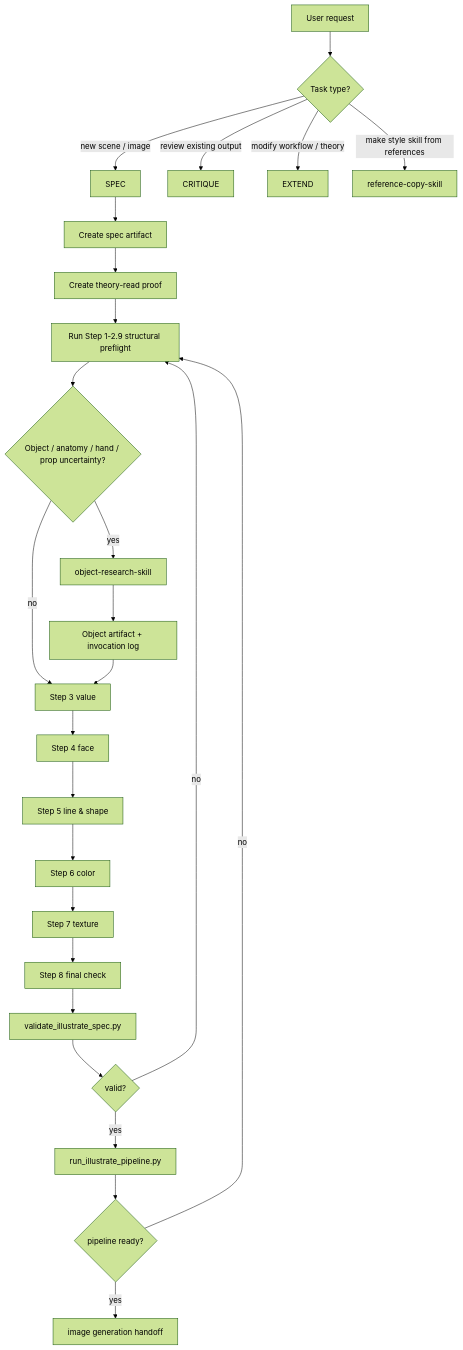
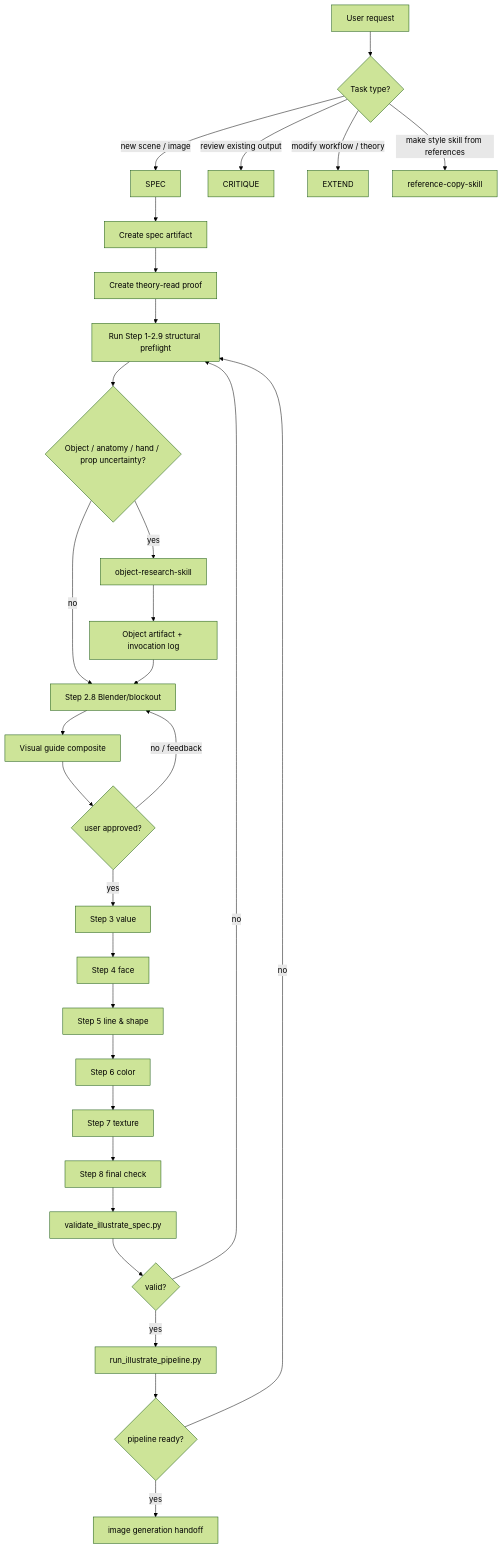
The diagram in docs/illustrate-skill-usage-guide.md (munkm1109/GPT_illustrate_skill), drawn with Mermaid (forest theme) before and after one commit. The commit also changed other lines of this file and 35 other files, not shown here.

````diff
--- a/docs/illustrate-skill-usage-guide.md
+++ b/docs/illustrate-skill-usage-guide.md
@@ -193,29 +202,33 @@
 ```mermaid
 flowchart TD
     A[User request] --> B{Task type?}
     B -->|new scene / image| C[SPEC]
     B -->|review existing output| D[CRITIQUE]
     B -->|modify workflow / theory| E[EXTEND]
     B -->|make style skill from references| F[reference-copy-skill]
 
     C --> G[Create spec artifact]
     G --> H[Create theory-read proof]
     H --> I[Run Step 1-2.9 structural preflight]
     I --> J{Object / anatomy / hand / prop uncertainty?}
     J -->|yes| K[object-research-skill]
-    J -->|no| L[Step 3 value]
+    J -->|no| B8[Step 2.8 Blender/blockout]
     K --> K2[Object artifact + invocation log]
-    K2 --> L
+    K2 --> B8
+    B8 --> VG[Visual guide composite]
+    VG --> VGR{user approved?}
+    VGR -->|no / feedback| B8
+    VGR -->|yes| L[Step 3 value]
     L --> M[Step 4 face]
     M --> N[Step 5 line & shape]
     N --> O[Step 6 color]
     O --> P[Step 7 texture]
     P --> Q[Step 8 final check]
     Q --> R[validate_illustrate_spec.py]
     R --> S{valid?}
     S -->|no| I
     S -->|yes| T[run_illustrate_pipeline.py]
     T --> U{pipeline ready?}
     U -->|no| I
     U -->|yes| V[image generation handoff]
 ```
````
